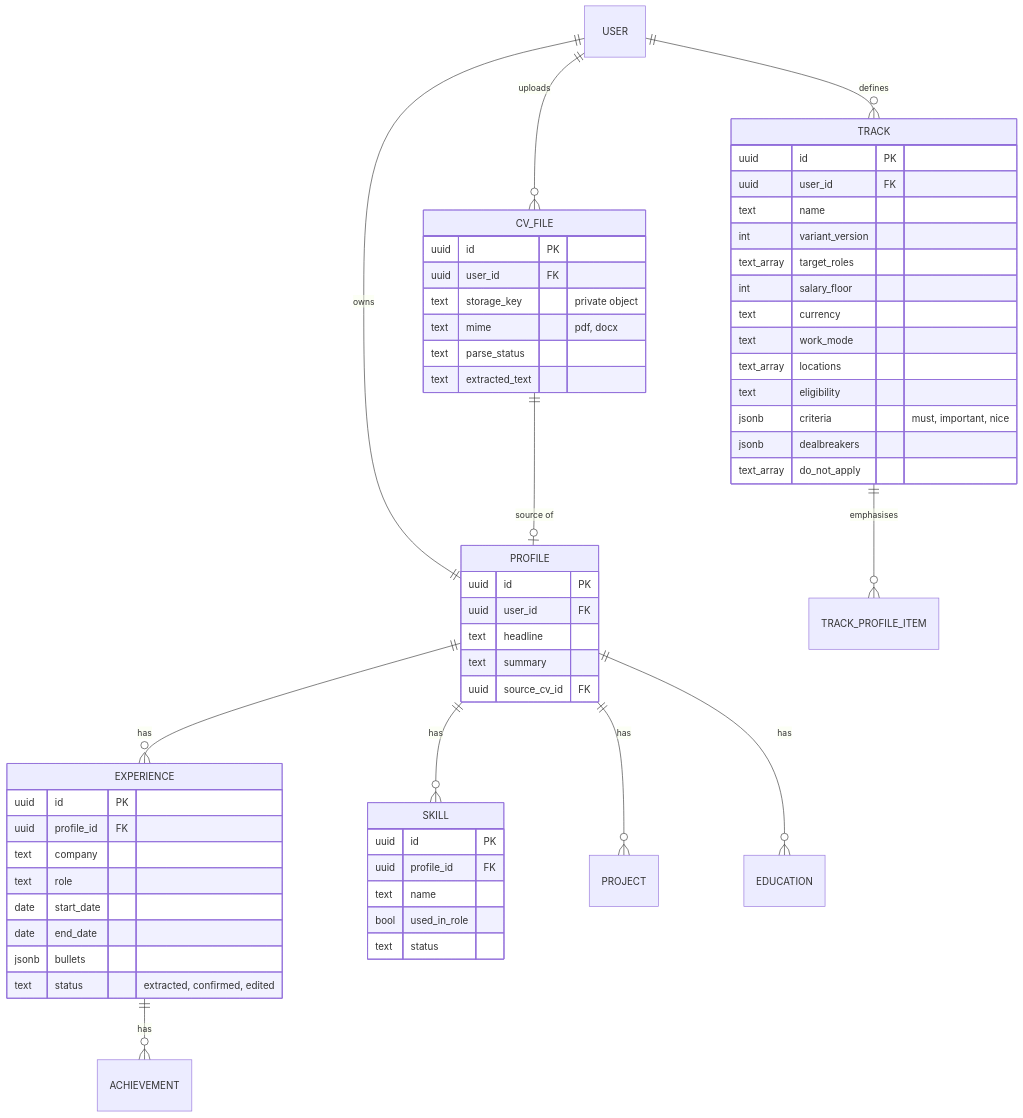
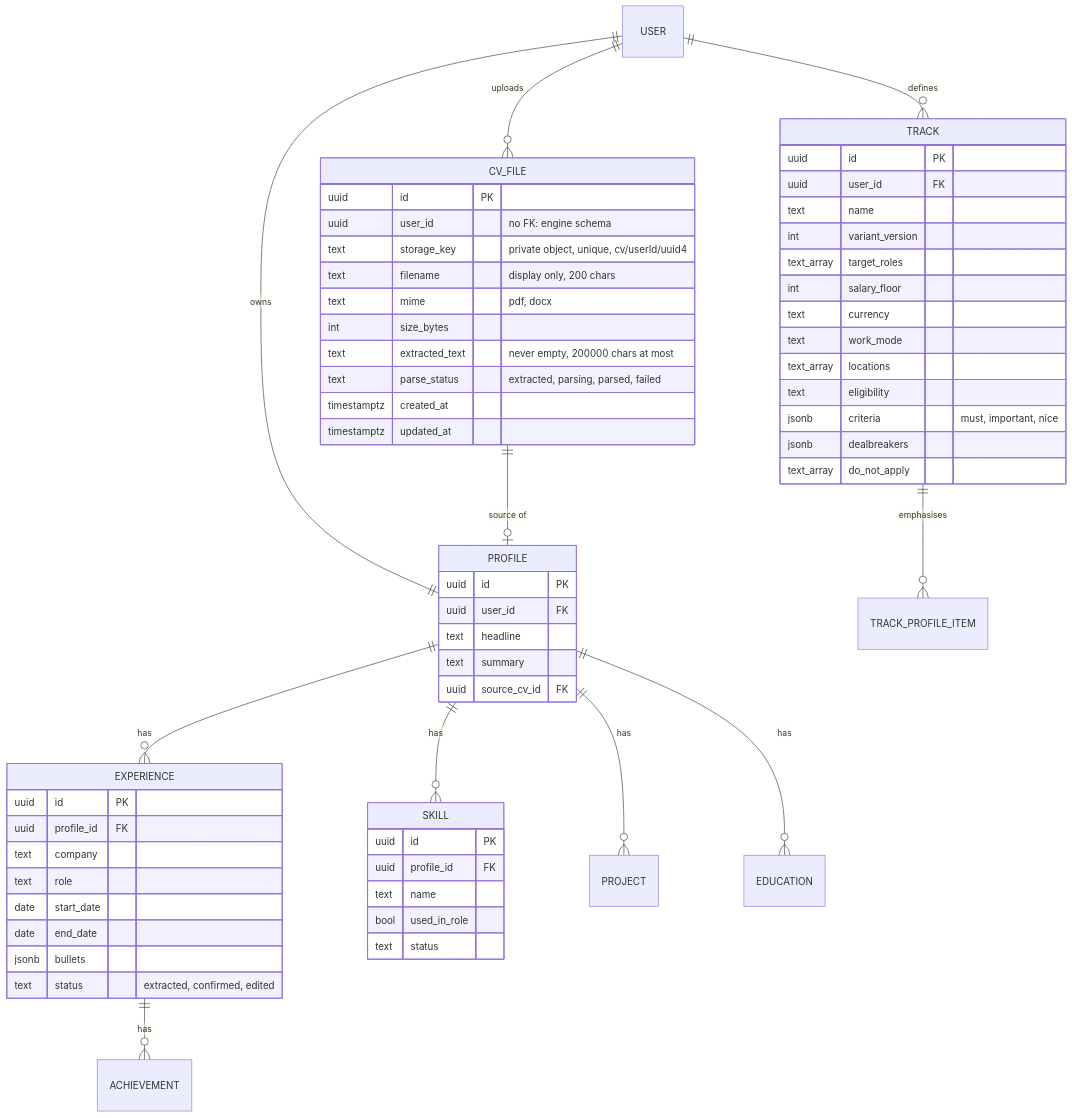
The second of 6 diagrams in docs/database-design.md (A7-studio/jobmigo), drawn with Mermaid before and after one commit. The commit also changed other lines of this file and 46 other files, not shown here.

First line of the commit message:
feat: CV storage, upload and text extraction

````diff
--- a/docs/database-design.md
+++ b/docs/database-design.md
@@ -76,60 +76,64 @@
 ```mermaid
 erDiagram
   USER ||--o{ CV_FILE : uploads
   USER ||--|| PROFILE : owns
   CV_FILE ||--o| PROFILE : "source of"
   PROFILE ||--o{ EXPERIENCE : has
   PROFILE ||--o{ SKILL : has
   PROFILE ||--o{ PROJECT : has
   PROFILE ||--o{ EDUCATION : has
   EXPERIENCE ||--o{ ACHIEVEMENT : has
   USER ||--o{ TRACK : defines
   TRACK ||--o{ TRACK_PROFILE_ITEM : emphasises
   CV_FILE {
     uuid id PK
-    uuid user_id FK
-    text storage_key "private object"
+    uuid user_id "no FK: engine schema"
+    text storage_key "private object, unique, cv/userId/uuid4"
+    text filename "display only, 200 chars"
     text mime "pdf, docx"
-    text parse_status
-    text extracted_text
+    int size_bytes
+    text extracted_text "never empty, 200000 chars at most"
+    text parse_status "extracted, parsing, parsed, failed"
+    timestamptz created_at
+    timestamptz updated_at
   }
   PROFILE {
     uuid id PK
     uuid user_id FK
     text headline
     text summary
     uuid source_cv_id FK
   }
   EXPERIENCE {
     uuid id PK
     uuid profile_id FK
     text company
     text role
     date start_date
     date end_date
     jsonb bullets
     text status "extracted, confirmed, edited"
   }
   SKILL {
     uuid id PK
     uuid profile_id FK
     text name
     bool used_in_role
     text status
   }
   TRACK {
     uuid id PK
     uuid user_id FK
     text name
     int variant_version
     text_array target_roles
     int salary_floor
     text currency
     text work_mode
     text_array locations
     text eligibility
     jsonb criteria "must, important, nice"
     jsonb dealbreakers
     text_array do_not_apply
   }
 ```
````
